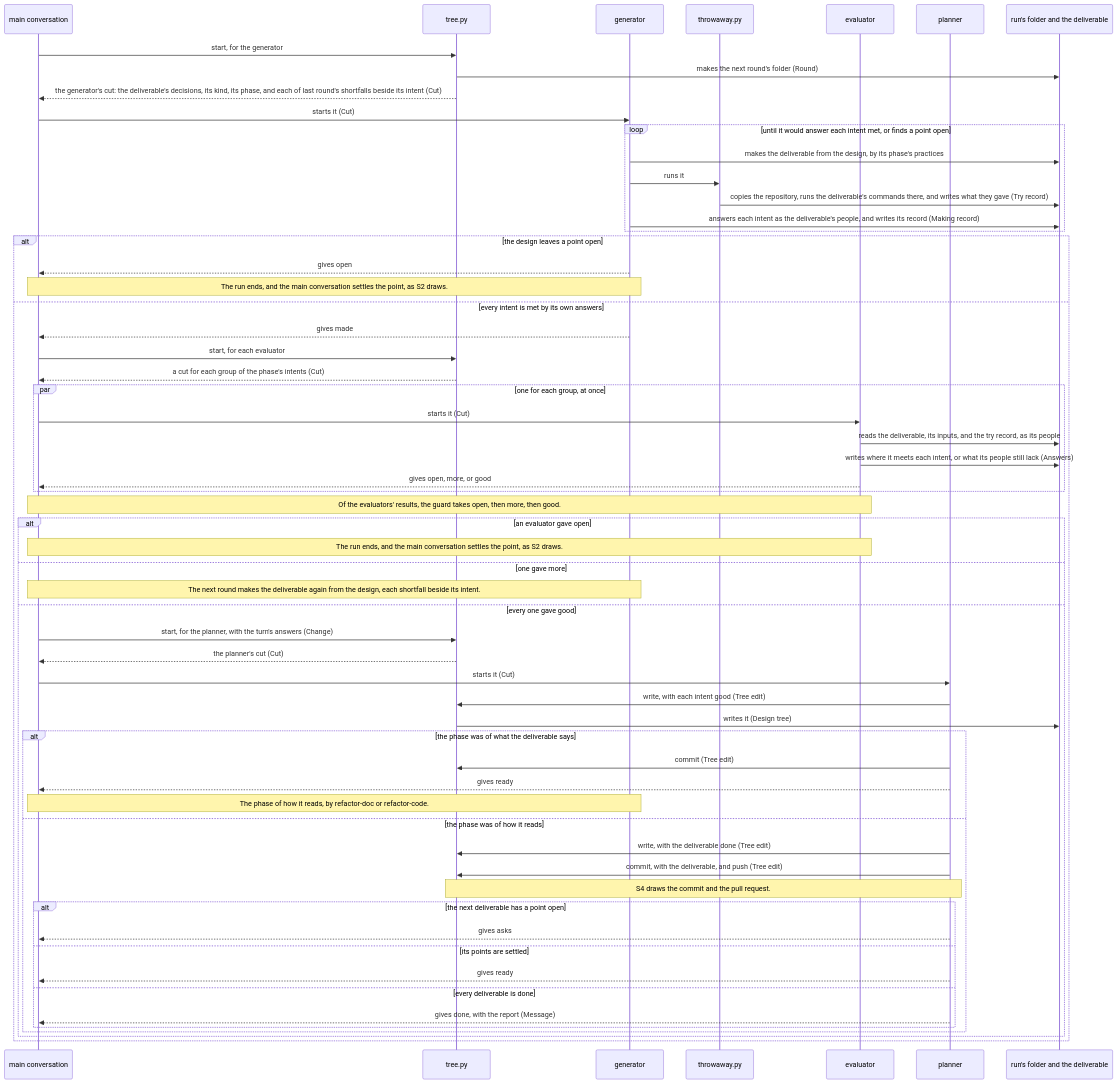
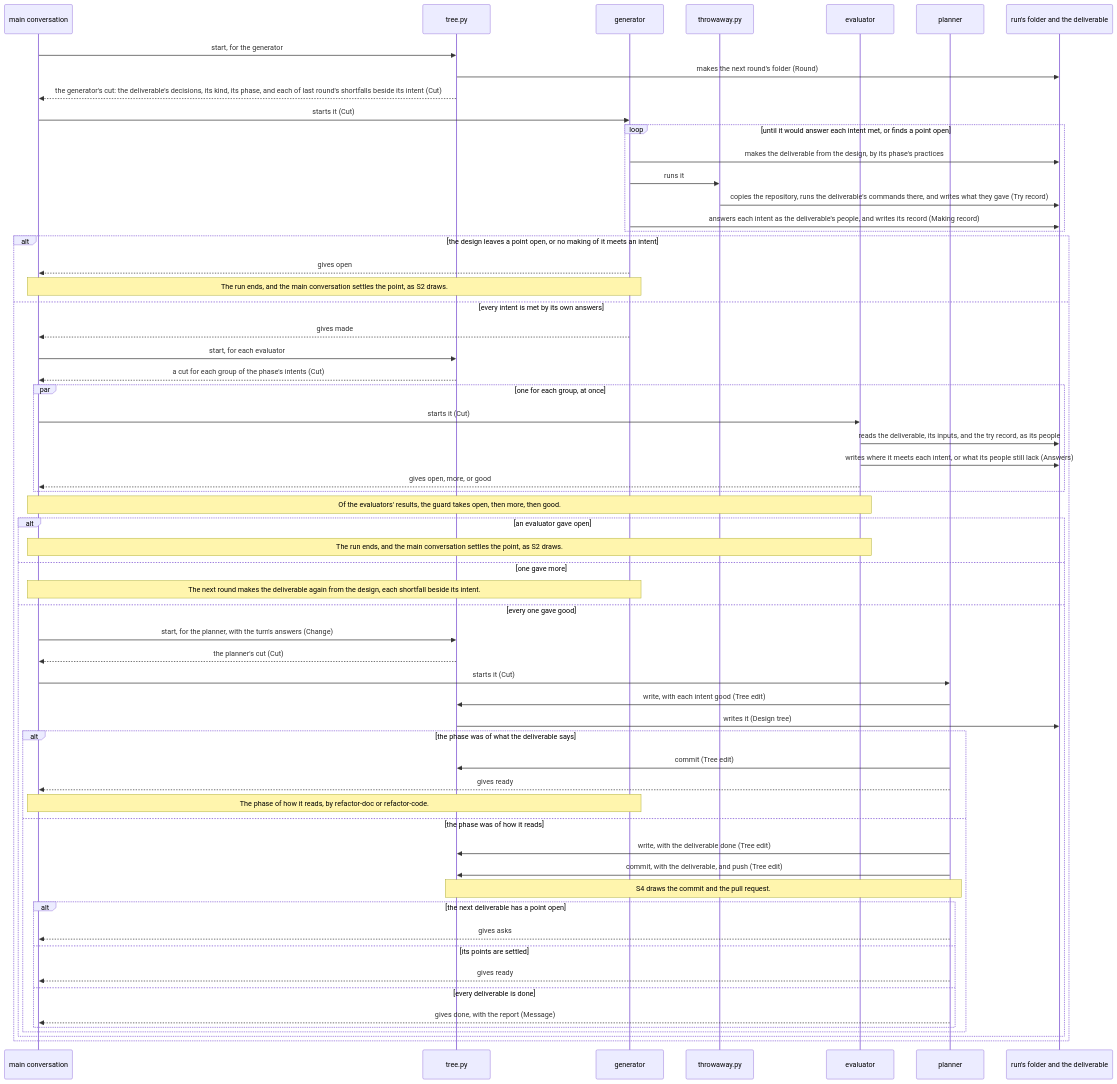
Before and after one commit to lovaizu/ccpm: the third of 5 diagrams in dev/rn/architecture.md, drawn with Mermaid. The commit also changed other lines of this file and 1 other file, not shown here.

````diff
--- a/dev/rn/architecture.md
+++ b/dev/rn/architecture.md
@@ -383,62 +398,62 @@
 ```mermaid
 sequenceDiagram
   participant M as main conversation
   participant T as tree.py
   participant G as generator
   participant W as throwaway.py
   participant E as evaluator
   participant P as planner
   participant R as run's folder and the deliverable
   M->>T: start, for the generator
   T->>R: makes the next round's folder (Round)
   T-->>M: the generator's cut: the deliverable's decisions, its kind, its phase, and each of last round's shortfalls beside its intent (Cut)
   M->>G: starts it (Cut)
   loop until it would answer each intent met, or finds a point open
     G->>R: makes the deliverable from the design, by its phase's practices
     G->>W: runs it
     W->>R: copies the repository, runs the deliverable's commands there, and writes what they gave (Try record)
     G->>R: answers each intent as the deliverable's people, and writes its record (Making record)
   end
-  alt the design leaves a point open
+  alt the design leaves a point open, or no making of it meets an intent
     G-->>M: gives open
     Note over M,G: The run ends, and the main conversation settles the point, as S2 draws.
   else every intent is met by its own answers
     G-->>M: gives made
     M->>T: start, for each evaluator
     T-->>M: a cut for each group of the phase's intents (Cut)
     par one for each group, at once
       M->>E: starts it (Cut)
       E->>R: reads the deliverable, its inputs, and the try record, as its people
       E->>R: writes where it meets each intent, or what its people still lack (Answers)
       E-->>M: gives open, more, or good
     end
     Note over M,E: Of the evaluators' results, the guard takes open, then more, then good.
     alt an evaluator gave open
       Note over M,E: The run ends, and the main conversation settles the point, as S2 draws.
     else one gave more
       Note over M,G: The next round makes the deliverable again from the design, each shortfall beside its intent.
     else every one gave good
       M->>T: start, for the planner, with the turn's answers (Change)
       T-->>M: the planner's cut (Cut)
       M->>P: starts it (Cut)
       P->>T: write, with each intent good (Tree edit)
       T->>R: writes it (Design tree)
       alt the phase was of what the deliverable says
         P->>T: commit (Tree edit)
         P-->>M: gives ready
         Note over M,G: The phase of how it reads, by refactor-doc or refactor-code.
       else the phase was of how it reads
         P->>T: write, with the deliverable done (Tree edit)
         P->>T: commit, with the deliverable, and push (Tree edit)
         Note over P,T: S4 draws the commit and the pull request.
         alt the next deliverable has a point open
           P-->>M: gives asks
         else its points are settled
           P-->>M: gives ready
         else every deliverable is done
           P-->>M: gives done, with the report (Message)
         end
       end
     end
   end
 ```
````
